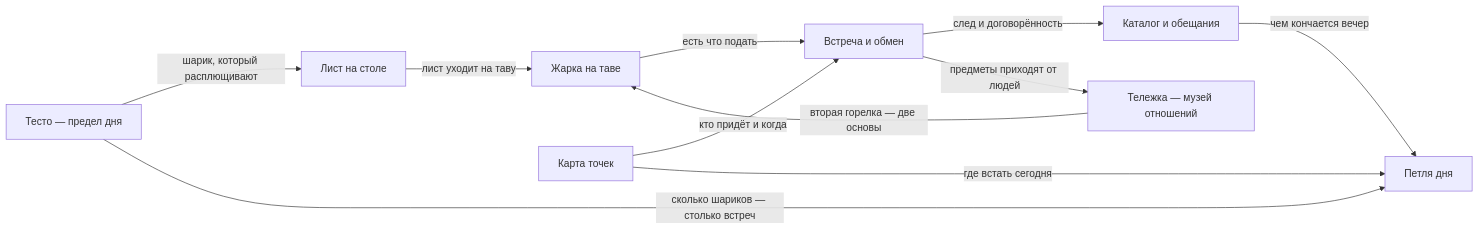
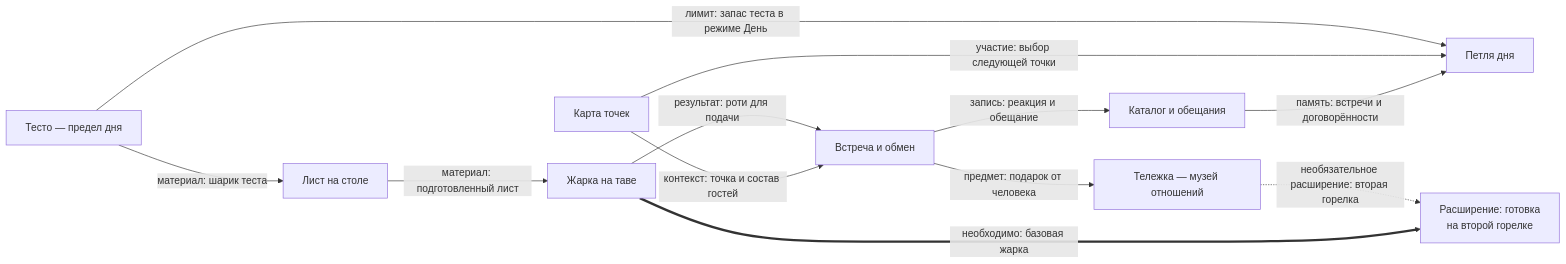
Before and after one commit to newYurk/roti-stand: the diagram in Roti-Obsidian/00 Карта историй.md, drawn with Mermaid. The commit also changed other lines of this file and 9 other files, not shown here.

Commit message:
fix(vault): clarify graph relations and preserve decision links

````diff
--- a/Roti-Obsidian/00 Карта историй.md
+++ b/Roti-Obsidian/00 Карта историй.md
@@ -30,24 +42,26 @@
 ```mermaid
 flowchart LR
   DOUGH["Тесто — предел дня"]
   SHEET["Лист на столе"]
   PAN["Жарка на таве"]
   MAP["Карта точек"]
   MEET["Встреча и обмен"]
   CAT["Каталог и обещания"]
   CART["Тележка — музей отношений"]
   LOOP["Петля дня"]
+  PAR["Расширение: готовка<br/>на второй горелке"]
 
-  DOUGH -->|"шарик, который расплющивают"| SHEET
-  SHEET -->|"лист уходит на таву"| PAN
-  PAN -->|"есть что подать"| MEET
-  MAP -->|"кто придёт и когда"| MEET
-  MEET -->|"след и договорённость"| CAT
-  MEET -->|"предметы приходят от людей"| CART
-  CART -->|"вторая горелка — две основы"| PAN
-  DOUGH -->|"сколько шариков — столько встреч"| LOOP
-  MAP -->|"где встать сегодня"| LOOP
-  CAT -->|"чем кончается вечер"| LOOP
+  DOUGH -->|"материал: шарик теста"| SHEET
+  SHEET -->|"материал: подготовленный лист"| PAN
+  PAN -->|"результат: роти для подачи"| MEET
+  MAP -->|"контекст: точка и состав гостей"| MEET
+  MEET -->|"запись: реакция и обещание"| CAT
+  MEET -->|"предмет: подарок от человека"| CART
+  CART -.->|"необязательное расширение: вторая горелка"| PAR
+  PAN ==>|"необходимо: базовая жарка"| PAR
+  DOUGH -->|"лимит: запас теста в режиме День"| LOOP
+  MAP -->|"участие: выбор следующей точки"| LOOP
+  CAT -->|"память: встречи и договорённости"| LOOP
 
   class DOUGH,SHEET,PAN,MAP,MEET,CAT,CART,LOOP internal-link;
 ```
````
